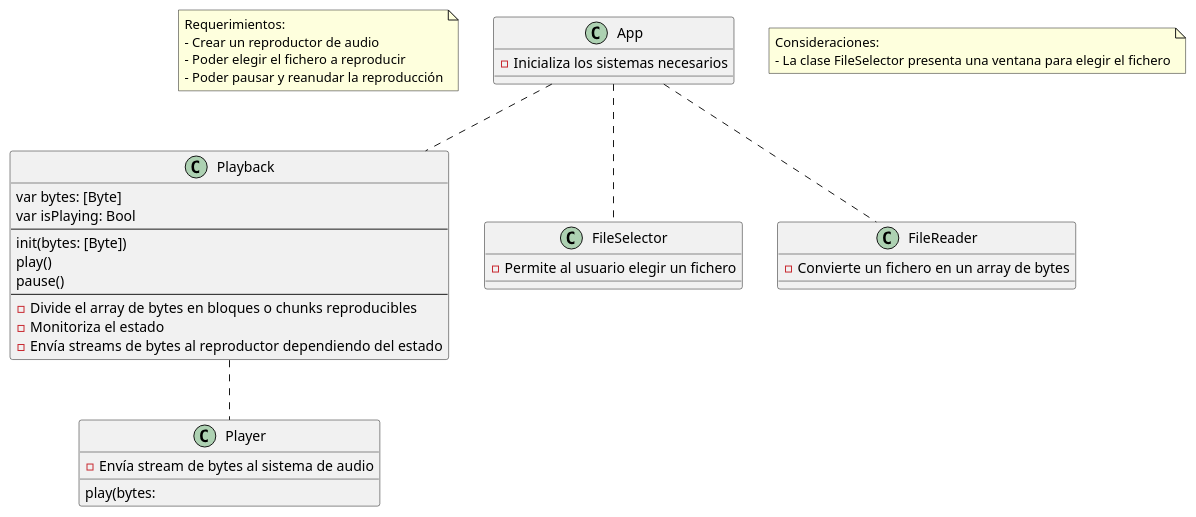
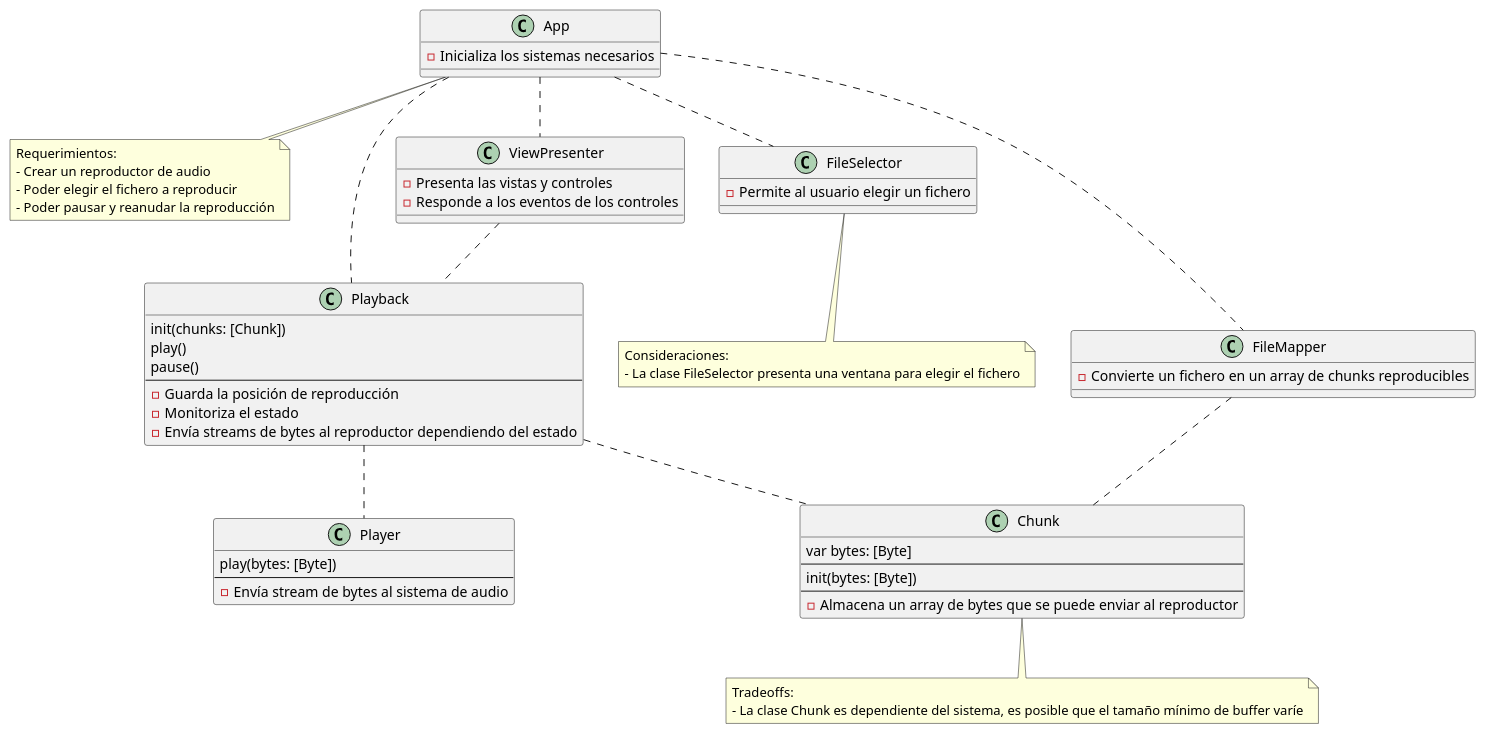
The diagram in Clases.plantuml (EverisMobileTeam/meetupDise-oReproductorDeAudio), drawn with PlantUML before and after one commit. The commit also changed 1 other file, not shown here.

Commit message:
Requerimiento: controlar reproducción de audio

```diff
--- a/Clases.plantuml
+++ b/Clases.plantuml
@@ -1,50 +1,74 @@
 @startuml
 
 note as Requerimientos
     Requerimientos: 
     - Crear un reproductor de audio
     - Poder elegir el fichero a reproducir
     - Poder pausar y reanudar la reproducción
 end note 
 
+note as Consideraciones
+    Consideraciones:
+    - La clase FileSelector presenta una ventana para elegir el fichero
+end note
+
+note as Tradeoffs
+    Tradeoffs:
+    - La clase Chunk es dependiente del sistema, es posible que el tamaño mínimo de buffer varíe
+end note
+
 class Player {
-    play(bytes: 
+    play(bytes: [Byte])
+    --
     - Envía stream de bytes al sistema de audio
 }
 
 class Playback {
-    var bytes: [Byte]
-    var isPlaying: Bool
-    --
-    init(bytes: [Byte])
+    init(chunks: [Chunk])
     play()
     pause()
     --
-    - Divide el array de bytes en bloques o chunks reproducibles
+    - Guarda la posición de reproducción
     - Monitoriza el estado
     - Envía streams de bytes al reproductor dependiendo del estado
 }
 
 class FileSelector {
     - Permite al usuario elegir un fichero
 }
 
-class FileReader {
-    - Convierte un fichero en un array de bytes
+class FileMapper {
+    - Convierte un fichero en un array de chunks reproducibles
 }
 
 class App {
     - Inicializa los sistemas necesarios
 }
 
+class Chunk {
+    var bytes: [Byte]
+    --
+    init(bytes: [Byte])
+    --
+    - Almacena un array de bytes que se puede enviar al reproductor
+}
+
+class ViewPresenter {
+    - Presenta las vistas y controles
+    - Responde a los eventos de los controles
+}
+
 App .. FileSelector
-App .. FileReader
+App .. FileMapper
 App .. Playback
+App .. ViewPresenter
 Playback .. Player
+FileMapper .. Chunk
+Playback .. Chunk
+ViewPresenter .. Playback
 
-note as Consideraciones
-    Consideraciones:
-    - La clase FileSelector presenta una ventana para elegir el fichero
-end note
+App .. Requerimientos
+FileSelector .. Consideraciones
+Chunk .. Tradeoffs
 
 @enduml
```
